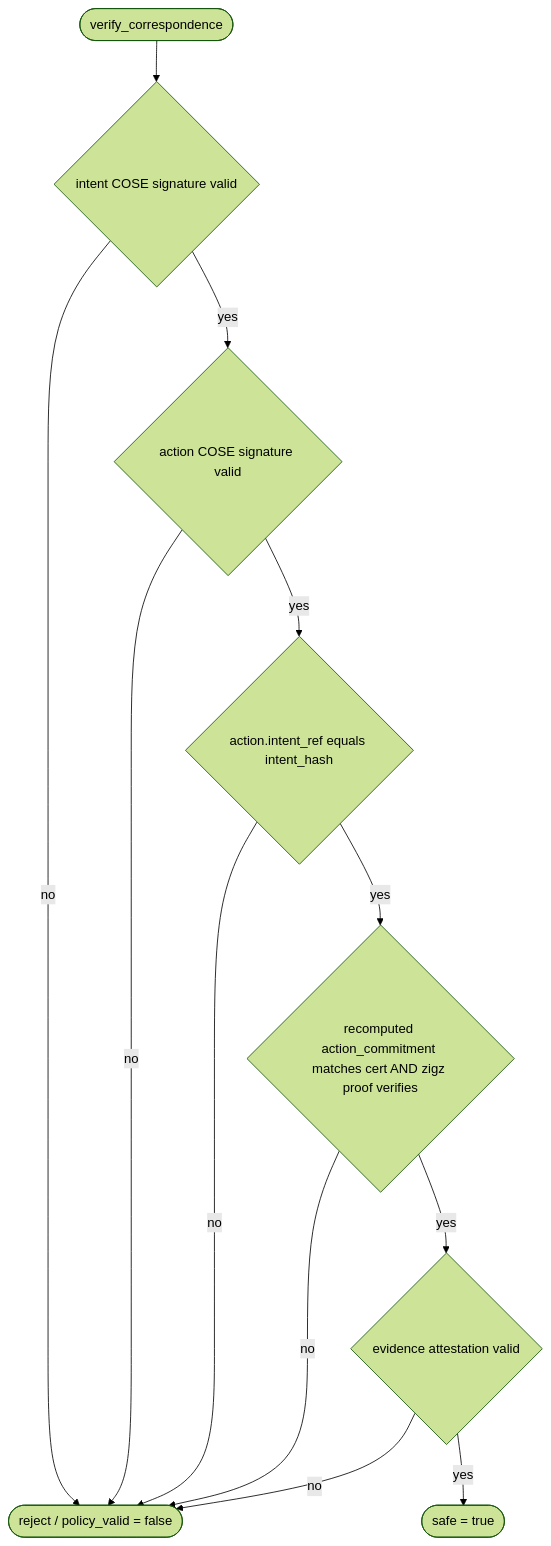
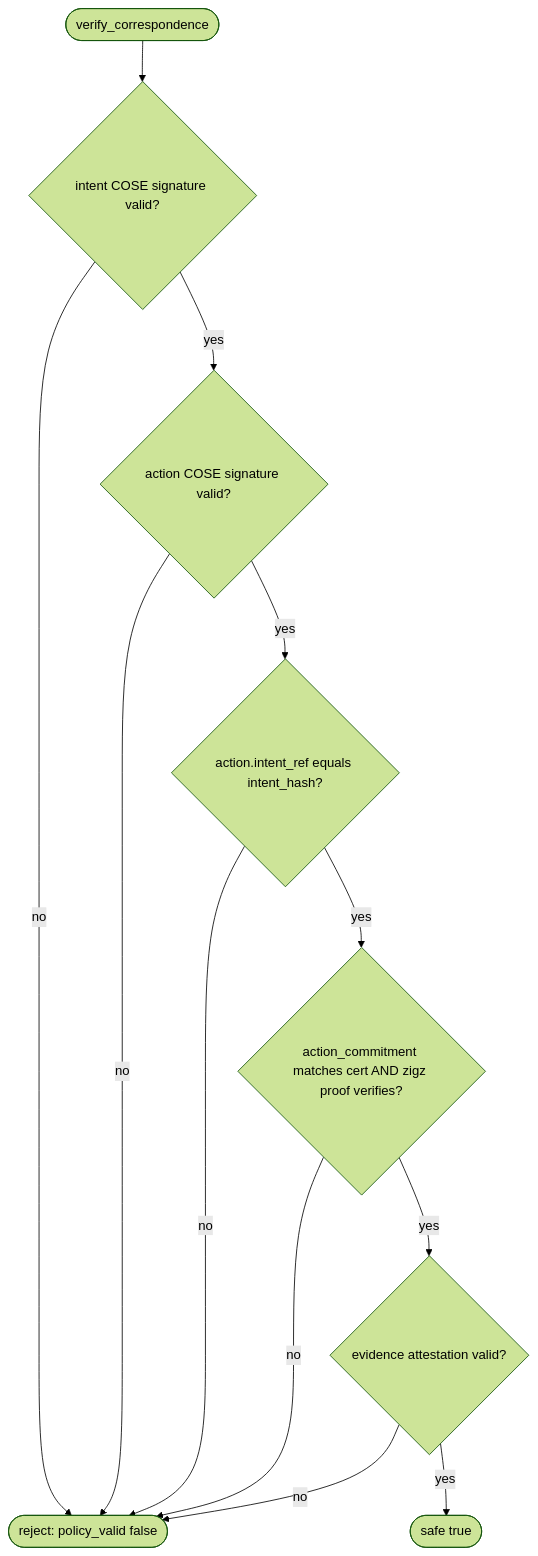
The third of 8 diagrams in work/research/computation-proof/architecture.md (mnemonik-xyz/monorepo), drawn with Mermaid (forest theme) before and after one commit. The commit also changed other lines of this file, not shown here.

First line of the commit message:
fix(docs): make all mermaid blocks render (parser-safe syntax)

````diff
--- a/work/research/computation-proof/architecture.md
+++ b/work/research/computation-proof/architecture.md
@@ -131,14 +131,14 @@
 ```mermaid
 flowchart TD
-    S([verify_correspondence]) --> C1{intent COSE signature valid}
-    C1 -- no --> X([reject / policy_valid = false])
-    C1 -- yes --> C2{action COSE signature valid}
+    S(["verify_correspondence"]) --> C1{"intent COSE signature valid?"}
+    C1 -- no --> X(["reject: policy_valid false"])
+    C1 -- yes --> C2{"action COSE signature valid?"}
     C2 -- no --> X
-    C2 -- yes --> C3{action.intent_ref equals intent_hash}
+    C2 -- yes --> C3{"action.intent_ref equals intent_hash?"}
     C3 -- no --> X
-    C3 -- yes --> C4{recomputed action_commitment matches cert AND zigz proof verifies}
+    C3 -- yes --> C4{"action_commitment matches cert AND zigz proof verifies?"}
     C4 -- no --> X
-    C4 -- yes --> C5{evidence attestation valid}
+    C4 -- yes --> C5{"evidence attestation valid?"}
     C5 -- no --> X
-    C5 -- yes --> OK([safe = true])
+    C5 -- yes --> OK(["safe true"])
 ```
````
